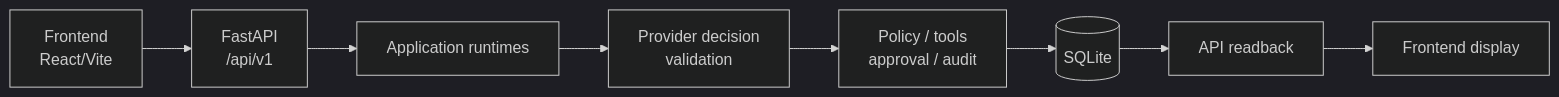
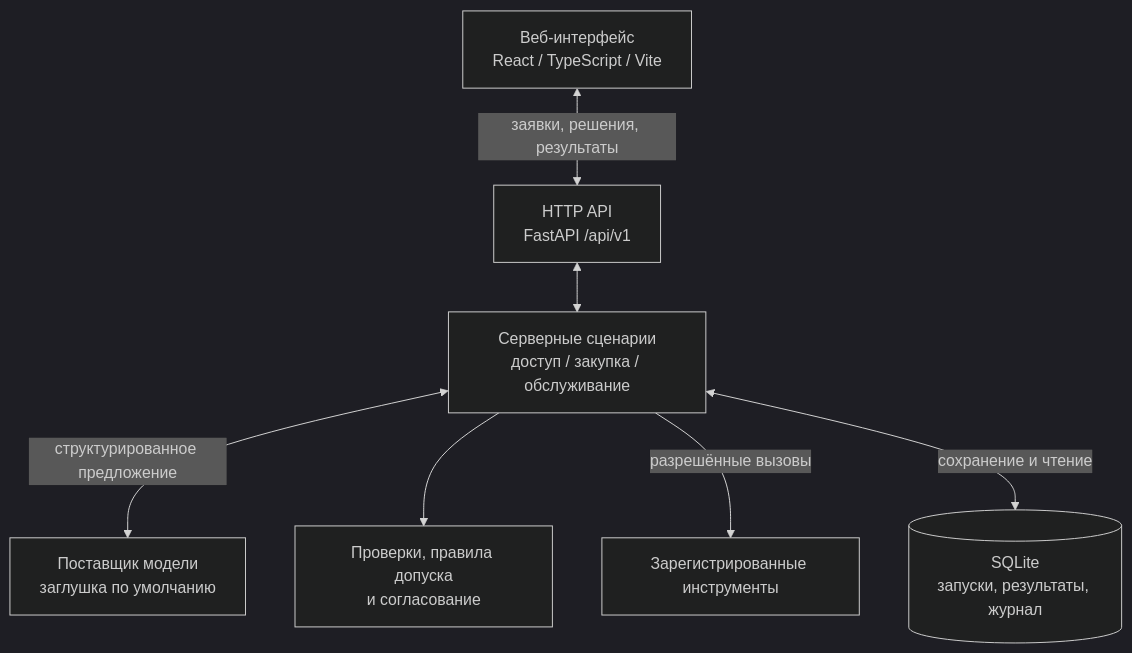
Before and after one commit to Vkuvalin/enterprise-ai-tool-gateway: the first of 2 diagrams in README.md, drawn with Mermaid (dark theme). The commit also changed other lines of this file and 8 other files, not shown here.

````diff
--- a/README.md
+++ b/README.md
@@ -40,14 +128,17 @@
 ```mermaid
-flowchart LR
-    Frontend["Frontend<br/>React/Vite"]
-    API["FastAPI<br/>/api/v1"]
-    Runtime["Application runtimes"]
-    Validation["Provider decision<br/>validation"]
-    Controls["Policy / tools<br/>approval / audit"]
-    DB[("SQLite")]
-    Readback["API readback"]
-    Display["Frontend display"]
+flowchart TB
+    UI["Веб-интерфейс<br/>React / TypeScript / Vite"]
+    API["HTTP API<br/>FastAPI /api/v1"]
+    Runtime["Серверные сценарии<br/>доступ / закупка / обслуживание"]
+    Provider["Поставщик модели<br/>заглушка по умолчанию"]
+    Controls["Проверки, правила допуска<br/>и согласование"]
+    Tools["Зарегистрированные инструменты"]
+    DB[("SQLite<br/>запуски, результаты, журнал")]
 
-    Frontend --> API --> Runtime --> Validation --> Controls --> DB
-    DB --> Readback --> Display
+    UI <-->|"заявки, решения, результаты"| API
+    API <--> Runtime
+    Runtime <-->|"структурированное предложение"| Provider
+    Runtime --> Controls
+    Runtime -->|"разрешённые вызовы"| Tools
+    Runtime <-->|"сохранение и чтение"| DB
 ```
````
